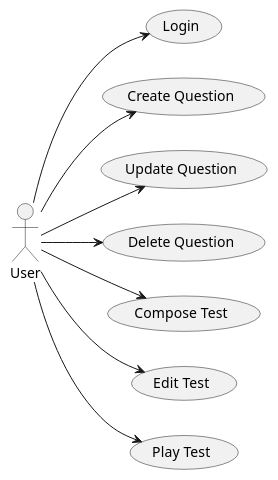
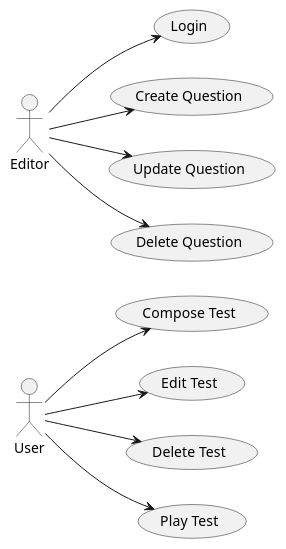
One commit to Joselon/ProyectoOpoTest changed the diagram in doc/useCases_app.puml. Above: the diagram before and after it, drawn with PlantUML.

Commit message:
propuesta casos de uso beta

```diff
--- a/doc/useCases_app.puml
+++ b/doc/useCases_app.puml
@@ -1,23 +1,28 @@
 @startuml
 left to right direction
 actor User as u
+actor Editor as e
 usecase "Login" as login
 usecase "Create Question" as createQ
 usecase "Update Question" as updateQ
 usecase "Delete Question" as deleteQ
 
 usecase "Compose Test" as composeT
 usecase "Edit Test" as editT
+usecase "Delete Test" as deleteT
 usecase "Play Test" as playT
 
-u --> login
-u --> createQ
-u --> updateQ
-u --> deleteQ
+e --> login
+e --> createQ
+e --> updateQ
+e --> deleteQ
 
 u --> composeT
 u --> editT
+u --> deleteT
 u --> playT
 
 
+
+
 @enduml
```
